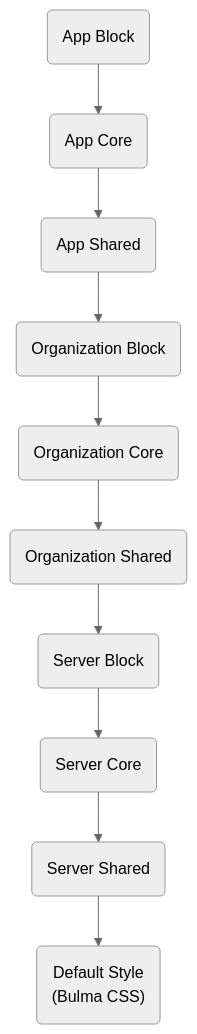
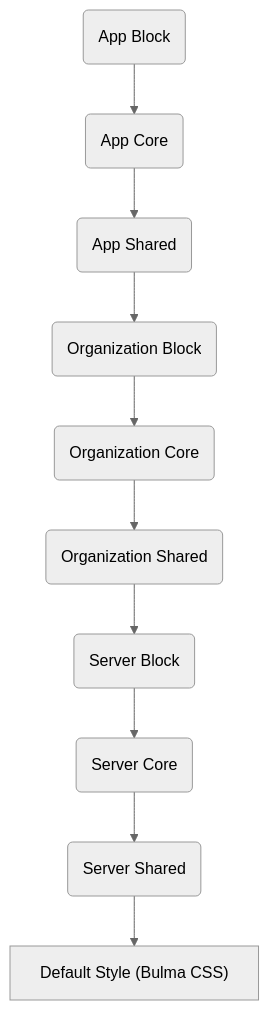
The diagram in docs/images/theming-hierarchy.mmd (appsemble/appsemble), drawn with Mermaid (neutral theme) before and after one commit. The commit also changed 1 other file, not shown here.

```diff
--- a/docs/images/theming-hierarchy.mmd
+++ b/docs/images/theming-hierarchy.mmd
@@ -1,10 +1,10 @@
 graph TD
     A(App Block) --> B(App Core)
     B --> C(App Shared)
     C --> D(Organization Block)
     D --> E(Organization Core)
     E --> F(Organization Shared)
     F --> G(Server Block)
     G --> H(Server Core)
     H --> I(Server Shared)
-    I --> J("Default Style<br>(Bulma CSS)")
+    I --> J["Default Style (Bulma CSS)"]
```
